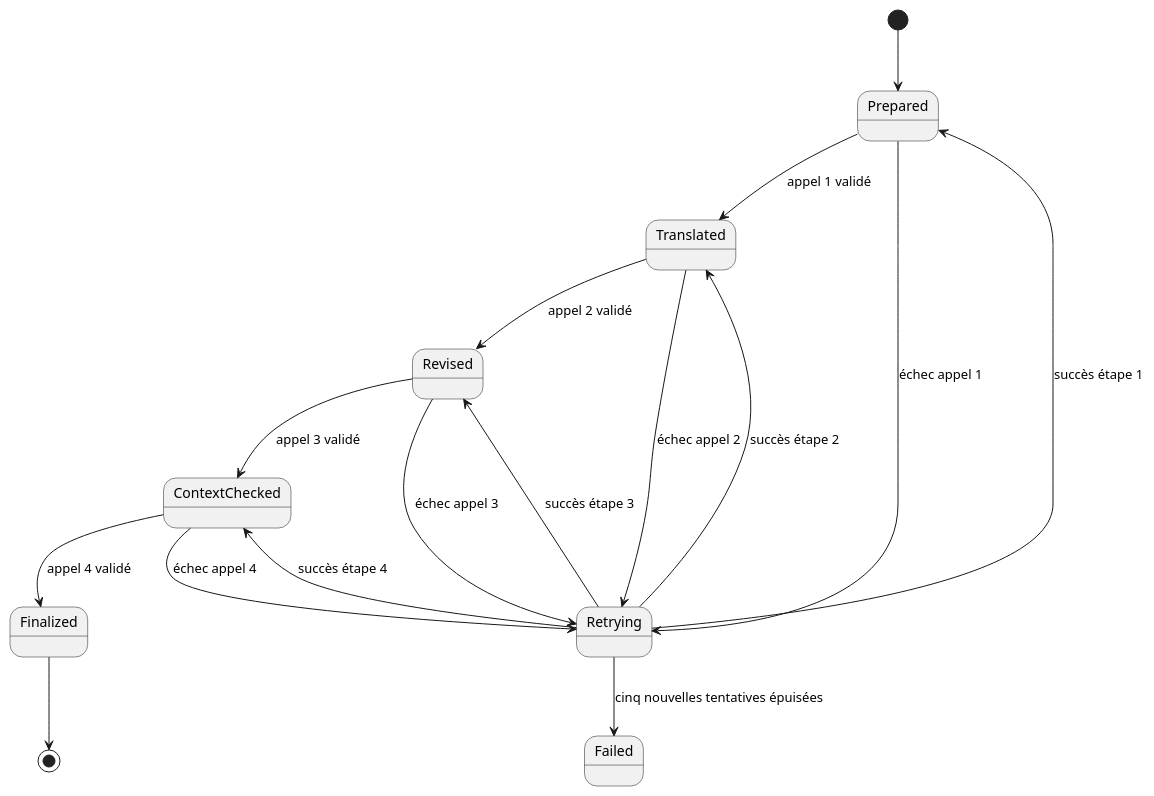
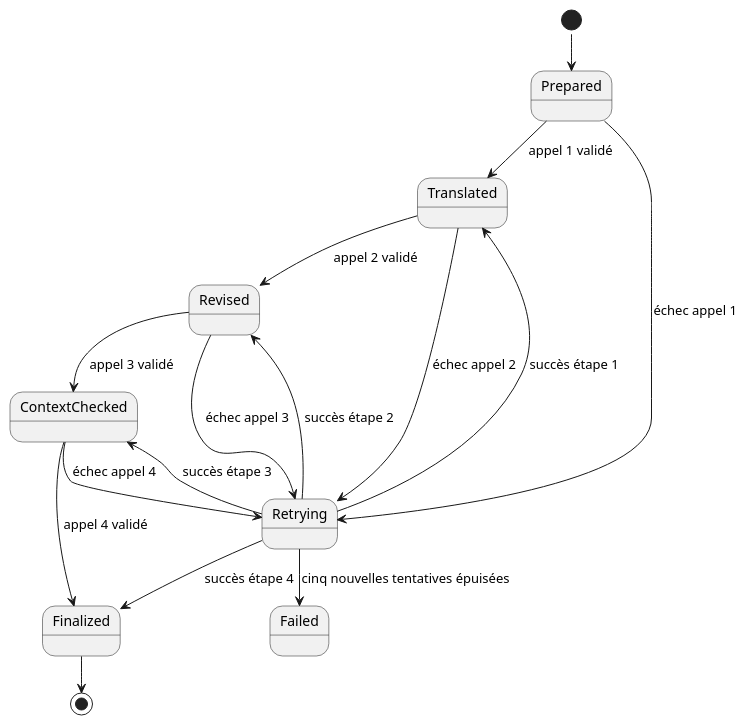
The sixth of 8 diagrams in NovelTrad_SDD.md (Balrog57/noveltrad), drawn with PlantUML before and after one commit. The commit also changed other lines of this file, not shown here.

````diff
--- a/NovelTrad_SDD.md
+++ b/NovelTrad_SDD.md
@@ -1912,19 +1929,20 @@
 ```plantuml
 @startuml NovelTrad_Pipeline
+!pragma layout smetana
 [*] --> Prepared
 Prepared --> Translated : appel 1 validé
 Translated --> Revised : appel 2 validé
 Revised --> ContextChecked : appel 3 validé
 ContextChecked --> Finalized : appel 4 validé
 Finalized --> [*]
 Prepared --> Retrying : échec appel 1
 Translated --> Retrying : échec appel 2
 Revised --> Retrying : échec appel 3
 ContextChecked --> Retrying : échec appel 4
 Retrying --> Failed : cinq nouvelles tentatives épuisées
-Retrying --> Prepared : succès étape 1
-Retrying --> Translated : succès étape 2
-Retrying --> Revised : succès étape 3
-Retrying --> ContextChecked : succès étape 4
+Retrying --> Translated : succès étape 1
+Retrying --> Revised : succès étape 2
+Retrying --> ContextChecked : succès étape 3
+Retrying --> Finalized : succès étape 4
 @enduml
 ```
````
